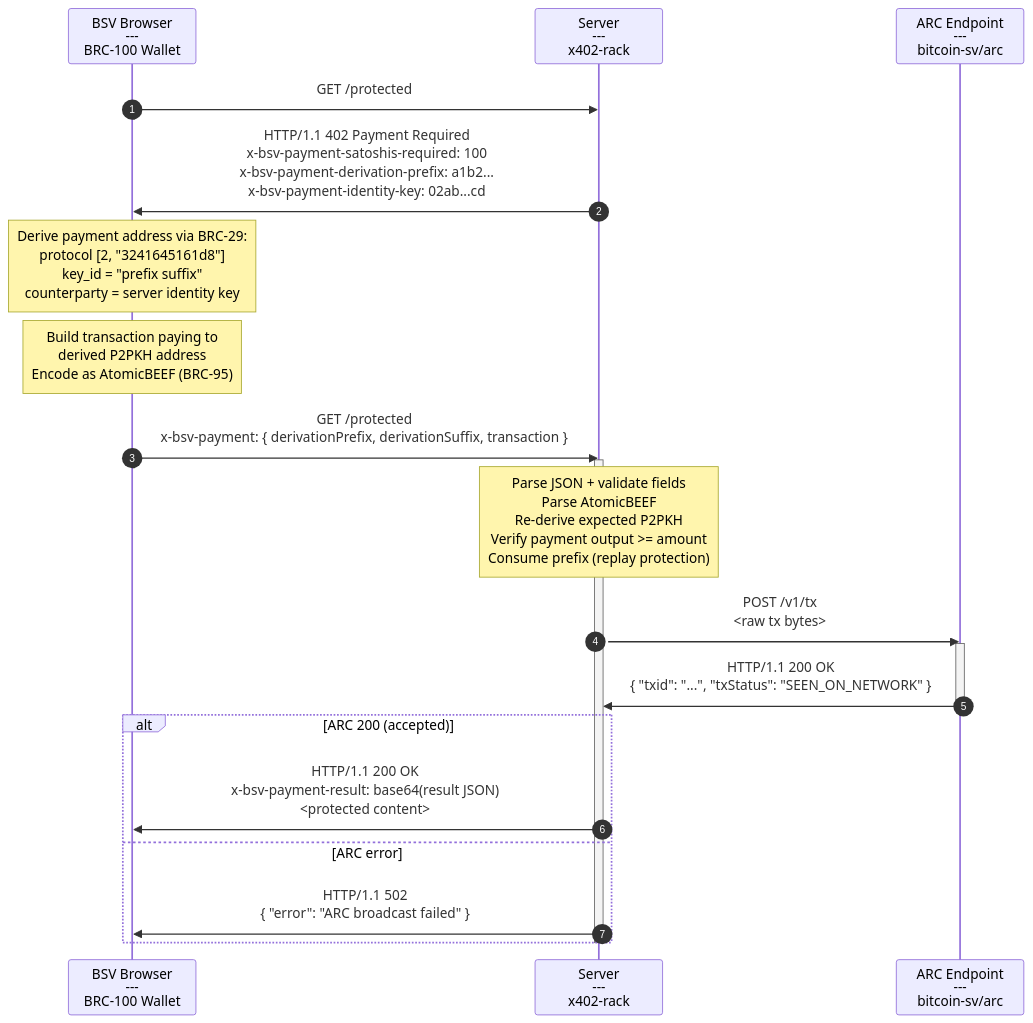
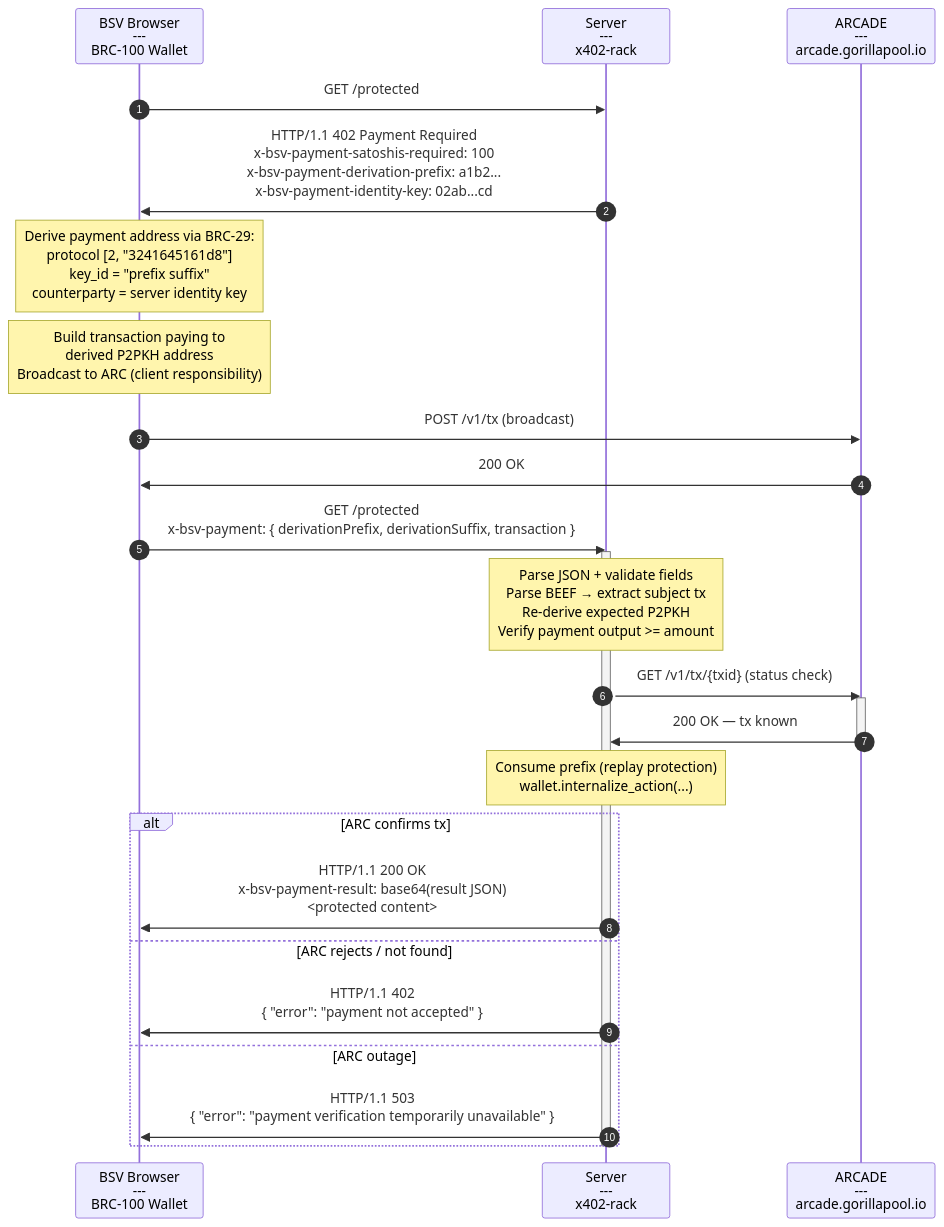
One commit to sgbett/x402-rack changed the first of 2 diagrams in docs/process-flow/brc105-gateway.md. Above: the diagram before and after it, drawn with Mermaid. The commit also changed other lines of this file and 4 other files, not shown here.

First line of the commit message:
docs: update all docs for client-broadcast model

````diff
--- a/docs/process-flow/brc105-gateway.md
+++ b/docs/process-flow/brc105-gateway.md
@@ -30,32 +32,39 @@
 ```mermaid
 sequenceDiagram
   autonumber
   participant client as BSV Browser<br/>---<br/>BRC-100 Wallet
   participant server as Server<br/>---<br/>x402-rack
-  participant arc as ARC Endpoint<br/>---<br/>bitcoin-sv/arc
+  participant arc as ARCADE<br/>---<br/>arcade.gorillapool.io
 
   client->>server: GET /protected
 
   server->>client: HTTP/1.1 402 Payment Required<br/>x-bsv-payment-satoshis-required: 100<br/>x-bsv-payment-derivation-prefix: a1b2...<br/>x-bsv-payment-identity-key: 02ab...cd
 
   Note over client: Derive payment address via BRC-29:<br/>protocol [2, "3241645161d8"]<br/>key_id = "prefix suffix"<br/>counterparty = server identity key
 
-  Note over client: Build transaction paying to<br/>derived P2PKH address<br/>Encode as AtomicBEEF (BRC-95)
+  Note over client: Build transaction paying to<br/>derived P2PKH address<br/>Broadcast to ARC (client responsibility)
+
+  client->>arc: POST /v1/tx (broadcast)
+  arc->>client: 200 OK
 
   client->>server: GET /protected<br/>x-bsv-payment: { derivationPrefix, derivationSuffix, transaction }
 
   activate server
-  Note over server: Parse JSON + validate fields<br/>Parse AtomicBEEF<br/>Re-derive expected P2PKH<br/>Verify payment output >= amount<br/>Consume prefix (replay protection)
+  Note over server: Parse JSON + validate fields<br/>Parse BEEF → extract subject tx<br/>Re-derive expected P2PKH<br/>Verify payment output >= amount
 
-  server->>arc: POST /v1/tx<br/><raw tx bytes>
+  server->>arc: GET /v1/tx/{txid} (status check)
   activate arc
-  arc->>server: HTTP/1.1 200 OK<br/>{ "txid": "...", "txStatus": "SEEN_ON_NETWORK" }
+  arc->>server: 200 OK — tx known
   deactivate arc
 
-  alt ARC 200 (accepted)
+  Note over server: Consume prefix (replay protection)<br/>wallet.internalize_action(...)
+
+  alt ARC confirms tx
     server->>client: HTTP/1.1 200 OK<br/>x-bsv-payment-result: base64(result JSON)<br/><protected content>
-  else ARC error
-    server->>client: HTTP/1.1 502<br/>{ "error": "ARC broadcast failed" }
+  else ARC rejects / not found
+    server->>client: HTTP/1.1 402<br/>{ "error": "payment not accepted" }
+  else ARC outage
+    server->>client: HTTP/1.1 503<br/>{ "error": "payment verification temporarily unavailable" }
   end
   deactivate server
 ```
````
